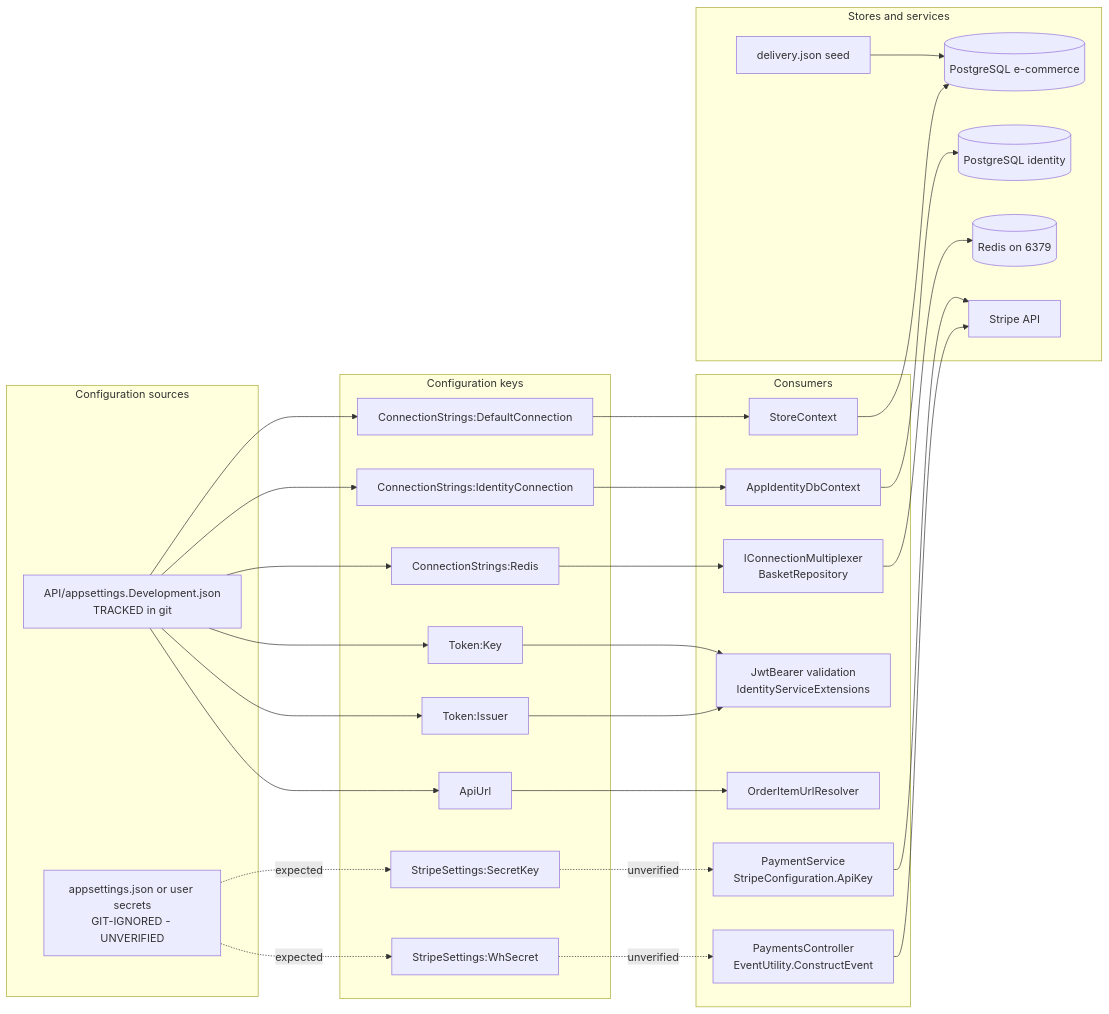
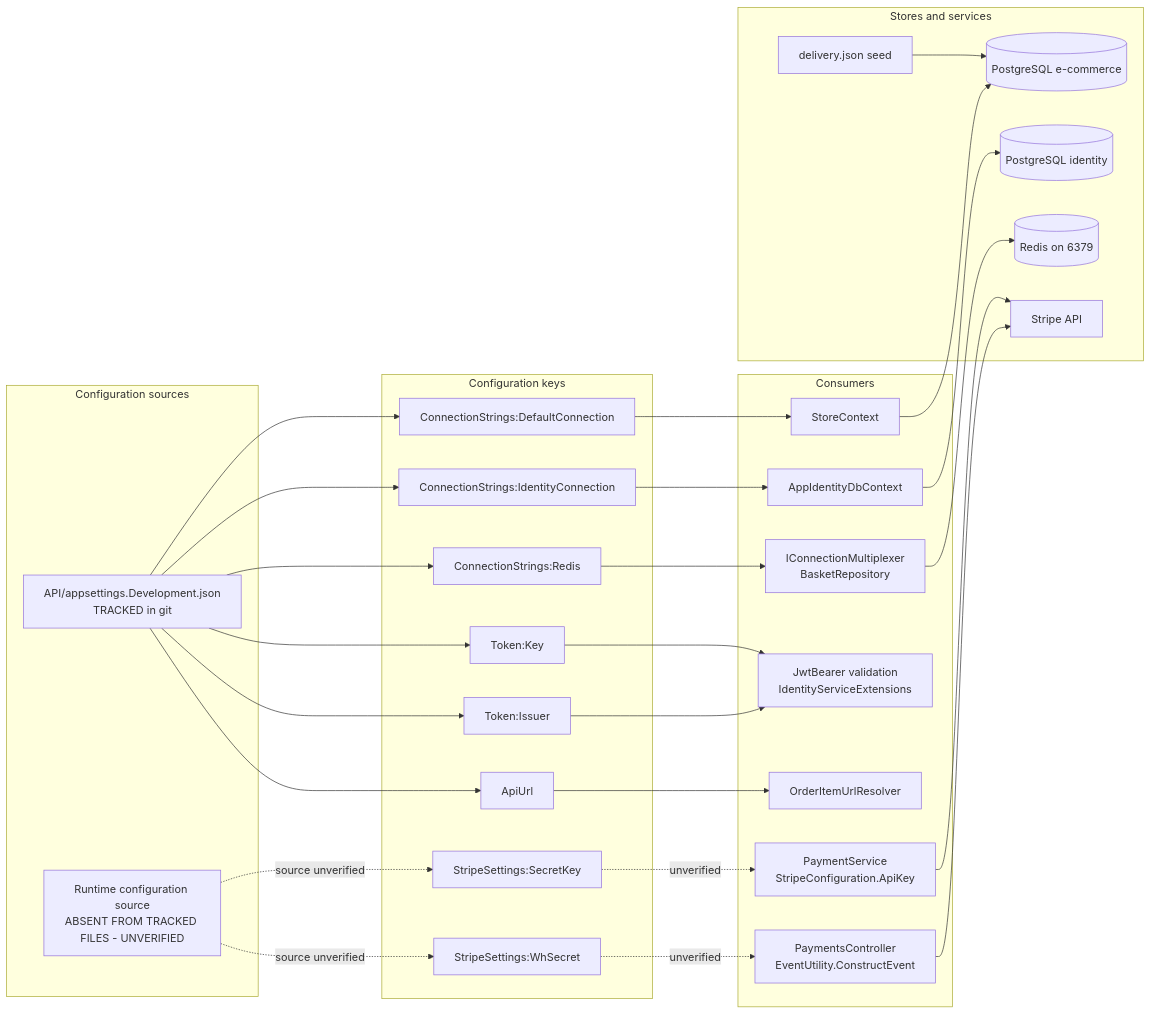
The fifth of 5 diagrams in docs/checkout-workflow.md (blitzy-public-samples/ecommerce-shop), drawn with Mermaid before and after one commit. The commit also changed other lines of this file, not shown here.

````diff
--- a/docs/checkout-workflow.md
+++ b/docs/checkout-workflow.md
@@ -1168,56 +1168,56 @@
 ```mermaid
 flowchart LR
     subgraph CFG["Configuration sources"]
         TRACKED["API/appsettings.Development.json<br/>TRACKED in git"]
-        UNTRACKED["appsettings.json or user secrets<br/>GIT-IGNORED - UNVERIFIED"]
+        UNTRACKED["Runtime configuration source<br/>ABSENT FROM TRACKED FILES - UNVERIFIED"]
     end
     subgraph KEYS["Configuration keys"]
         K1["ConnectionStrings:DefaultConnection"]
         K2["ConnectionStrings:IdentityConnection"]
         K3["ConnectionStrings:Redis"]
         K4["Token:Key"]
         K5["Token:Issuer"]
         K6["ApiUrl"]
         K7["StripeSettings:SecretKey"]
         K8["StripeSettings:WhSecret"]
     end
     subgraph CONSUMERS["Consumers"]
         C1["StoreContext"]
         C2["AppIdentityDbContext"]
         C3["IConnectionMultiplexer<br/>BasketRepository"]
         C4["JwtBearer validation<br/>IdentityServiceExtensions"]
         C5["OrderItemUrlResolver"]
         C6["PaymentService<br/>StripeConfiguration.ApiKey"]
         C7["PaymentsController<br/>EventUtility.ConstructEvent"]
     end
     subgraph STORES["Stores and services"]
         S1[("PostgreSQL e-commerce")]
         S2[("PostgreSQL identity")]
         S3[("Redis on 6379")]
         S4["Stripe API"]
         S5["delivery.json seed"]
     end
 
     TRACKED --> K1
     TRACKED --> K2
     TRACKED --> K3
     TRACKED --> K4
     TRACKED --> K5
     TRACKED --> K6
-    UNTRACKED -.expected.-> K7
-    UNTRACKED -.expected.-> K8
+    UNTRACKED -.source unverified.-> K7
+    UNTRACKED -.source unverified.-> K8
     K1 --> C1
     K2 --> C2
     K3 --> C3
     K4 --> C4
     K5 --> C4
     K6 --> C5
     K7 -.unverified.-> C6
     K8 -.unverified.-> C7
     C1 --> S1
     C2 --> S2
     C3 --> S3
     C6 --> S4
     C7 --> S4
     S5 --> S1
 ```
````
